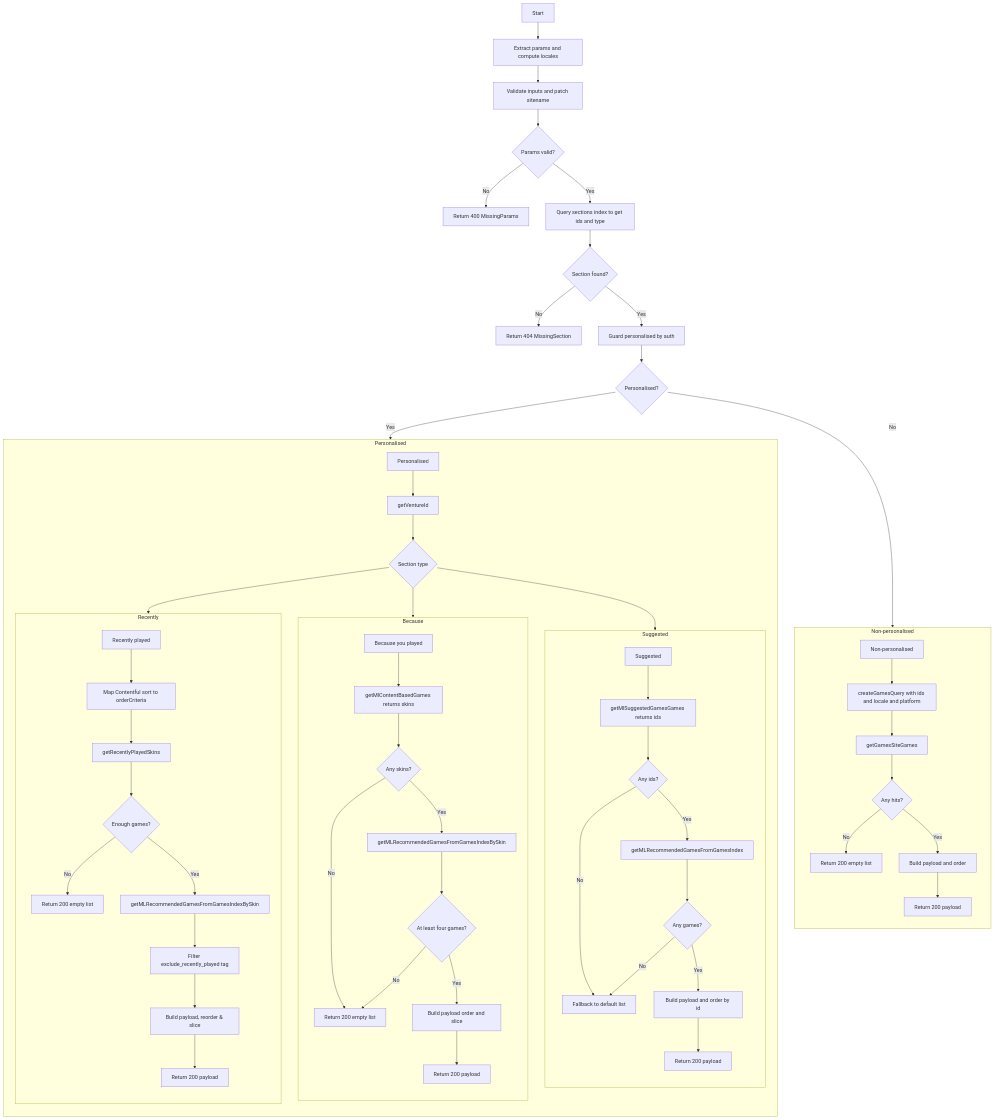
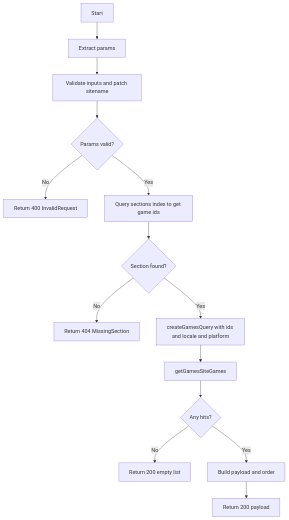
Before and after one commit to devminchev/personalised-lobby-ts-lambda-v3: the first of 2 diagrams in functions/GetGamesFunction/README.md, drawn with Mermaid. The commit also changed other lines of this file and 409 other files, not shown here.

````diff
--- a/functions/GetGamesFunction/README.md
+++ b/functions/GetGamesFunction/README.md
@@ -11,69 +13,16 @@
 ```mermaid
 graph TD
-  A[Start] --> B[Extract params and compute locales]
+  A[Start] --> B[Extract params]
   B --> C[Validate inputs and patch sitename]
   C --> D{Params valid?}
-  D -->|No| E[Return 400 MissingParams]
-  D -->|Yes| F[Query sections index to get ids and type]
+  D -->|No| E[Return 400 InvalidRequest]
+  D -->|Yes| F[Query sections index to get game ids]
   F --> G{Section found?}
   G -->|No| H[Return 404 MissingSection]
-  G -->|Yes| I[Guard personalised by auth]
-  I --> J{Personalised?}
-  J -->|No| K[Non-personalised]
-  J -->|Yes| L[Personalised]
-
-  subgraph Non-personalised
-    direction TB
-    K --> K1[createGamesQuery with ids and locale and platform]
-    K1 --> K2[getGamesSiteGames]
-    K2 --> K3{Any hits?}
-    K3 -->|No| K4[Return 200 empty list]
-    K3 -->|Yes| K5[Build payload and order]
-    K5 --> K6[Return 200 payload]
-  end
-
-  subgraph Personalised
-    direction TB
-    L --> L1[getVentureId]
-    L1 --> L2{Section type}
-    L2 --> LS[Suggested]
-    L2 --> LB[Because you played]
-    L2 --> LR[Recently played]
-
-    subgraph Suggested
-      direction TB
-      LS --> S1[getMlSuggestedGamesGames returns ids]
-      S1 --> S2{Any ids?}
-      S2 -->|No| SF[Fallback to default list]
-      S2 -->|Yes| S3[getMLRecommendedGamesFromGamesIndex]
-      S3 --> S4{Any games?}
-      S4 -->|No| SF
-      S4 -->|Yes| S5[Build payload and order by id]
-      S5 --> S6[Return 200 payload]
-    end
-
-    subgraph Because
-      direction TB
-      LB --> B1[getMlContentBasedGames returns skins]
-      B1 --> B2{Any skins?}
-      B2 -->|No| BE[Return 200 empty list]
-      B2 -->|Yes| B3[getMLRecommendedGamesFromGamesIndexBySkin]
-      B3 --> B4{At least four games?}
-      B4 -->|No| BE
-      B4 -->|Yes| B5[Build payload order and slice]
-      B5 --> B6[Return 200 payload]
-    end
-
-    subgraph Recently
-      direction TB
-      LR --> R0[Map Contentful sort to orderCriteria]
-      R0 --> R1[getRecentlyPlayedSkins]
-      R1 --> R2{Enough games?}
-      R2 -->|No| RE[Return 200 empty list]
-      R2 -->|Yes| R3[getMLRecommendedGamesFromGamesIndexBySkin]
-      R3 --> R4[Filter exclude_recently_played tag]
-      R4 --> R5[Build payload, reorder & slice]
-      R5 --> R6[Return 200 payload]
-    end
-  end
+  G -->|Yes| K1[createGamesQuery with ids and locale and platform]
+  K1 --> K2[getGamesSiteGames]
+  K2 --> K3{Any hits?}
+  K3 -->|No| K4[Return 200 empty list]
+  K3 -->|Yes| K5[Build payload and order]
+  K5 --> K6[Return 200 payload]
 ```
````
